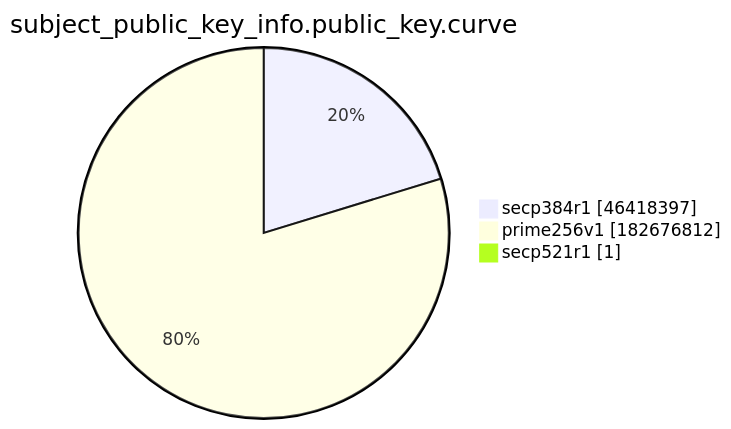
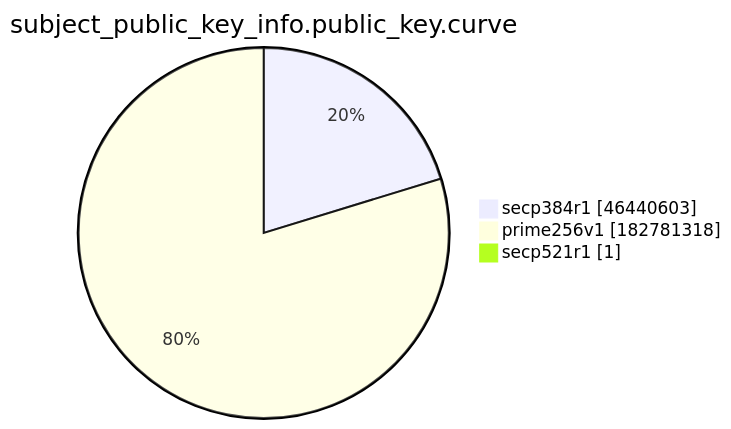
The ninth of 15 diagrams in xenon2022/README.md (christiankrug/ctmonitor_visualization), drawn with Mermaid before and after one commit. The commit also changed other lines of this file, not shown here.

````diff
--- a/xenon2022/README.md
+++ b/xenon2022/README.md
@@ -2874,7 +2874,7 @@
 ```mermaid
 pie showData
 title subject_public_key_info.public_key.curve
-"secp384r1" :46418397
-"prime256v1" :182676812
+"secp384r1" :46440603
+"prime256v1" :182781318
 "secp521r1" :1
 ```
````
